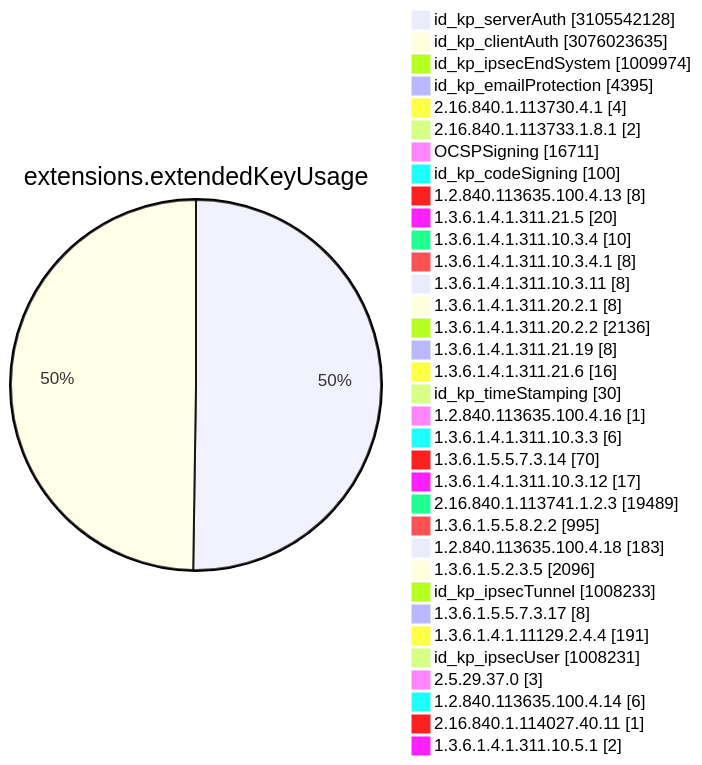
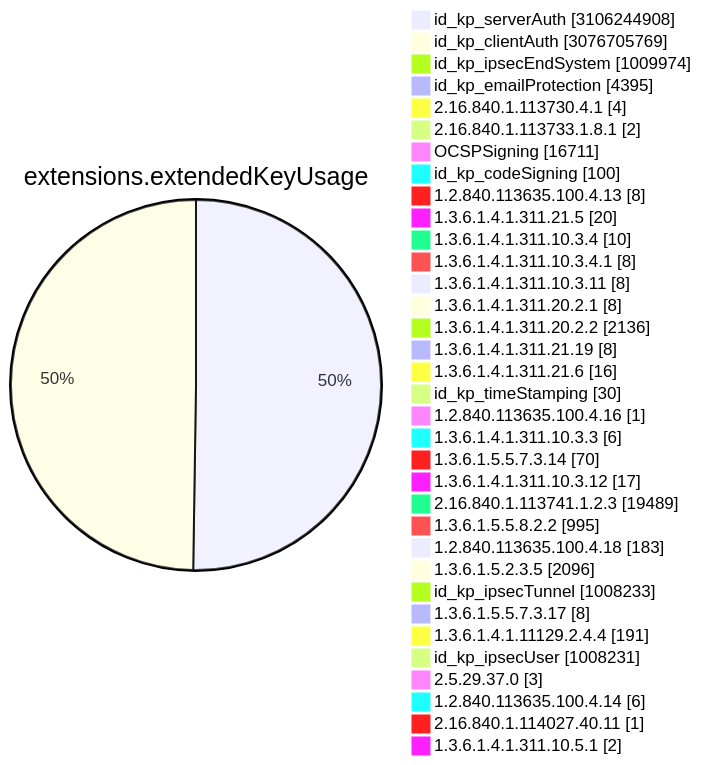
Diagram 11 of 15 in TOTAL/README.md (christiankrug/ctmonitor_visualization), drawn with Mermaid before and after one commit. The commit also changed other lines of this file, not shown here.

````diff
--- a/TOTAL/README.md
+++ b/TOTAL/README.md
@@ -4119,38 +4119,38 @@
 ```mermaid
 pie showData
 title extensions.extendedKeyUsage
-"id_kp_serverAuth" :3105542128
-"id_kp_clientAuth" :3076023635
+"id_kp_serverAuth" :3106244908
+"id_kp_clientAuth" :3076705769
 "id_kp_ipsecEndSystem" :1009974
 "id_kp_emailProtection" :4395
 "2.16.840.1.113730.4.1" :4
 "2.16.840.1.113733.1.8.1" :2
 "OCSPSigning" :16711
 "id_kp_codeSigning" :100
 "1.2.840.113635.100.4.13" :8
 "1.3.6.1.4.1.311.21.5" :20
 "1.3.6.1.4.1.311.10.3.4" :10
 "1.3.6.1.4.1.311.10.3.4.1" :8
 "1.3.6.1.4.1.311.10.3.11" :8
 "1.3.6.1.4.1.311.20.2.1" :8
 "1.3.6.1.4.1.311.20.2.2" :2136
 "1.3.6.1.4.1.311.21.19" :8
 "1.3.6.1.4.1.311.21.6" :16
 "id_kp_timeStamping" :30
 "1.2.840.113635.100.4.16" :1
 "1.3.6.1.4.1.311.10.3.3" :6
 "1.3.6.1.5.5.7.3.14" :70
 "1.3.6.1.4.1.311.10.3.12" :17
 "2.16.840.1.113741.1.2.3" :19489
 "1.3.6.1.5.5.8.2.2" :995
 "1.2.840.113635.100.4.18" :183
 "1.3.6.1.5.2.3.5" :2096
 "id_kp_ipsecTunnel" :1008233
 "1.3.6.1.5.5.7.3.17" :8
 "1.3.6.1.4.1.11129.2.4.4" :191
 "id_kp_ipsecUser" :1008231
 "2.5.29.37.0" :3
 "1.2.840.113635.100.4.14" :6
 "2.16.840.1.114027.40.11" :1
 "1.3.6.1.4.1.311.10.5.1" :2
 ```
````
